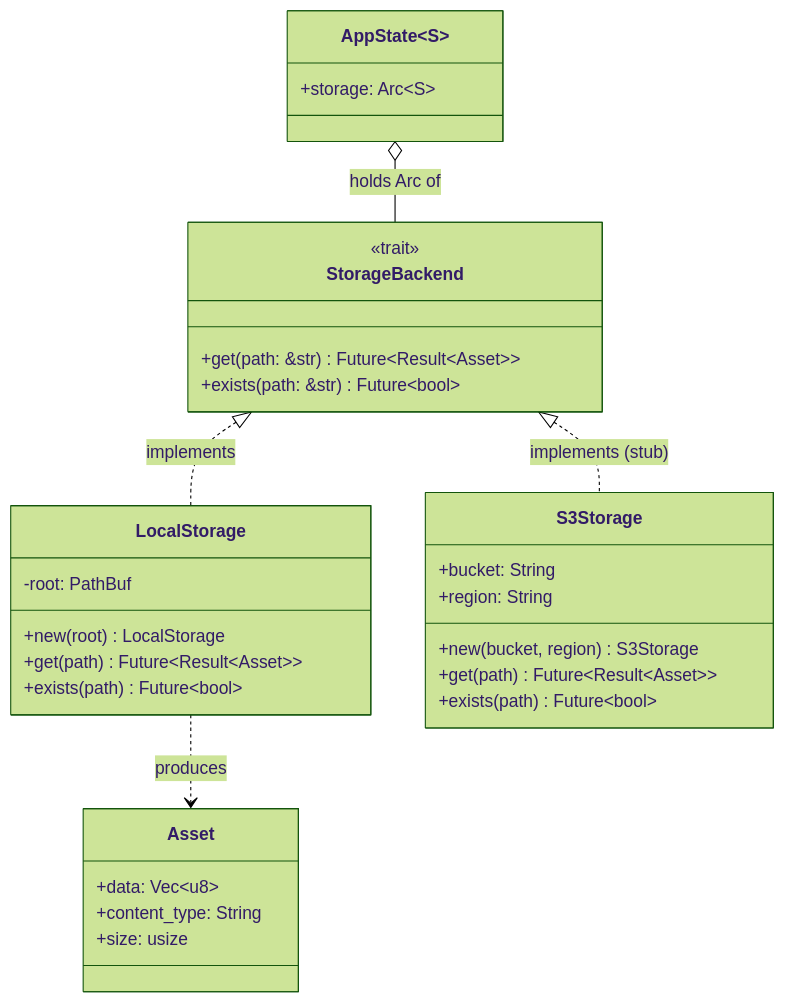
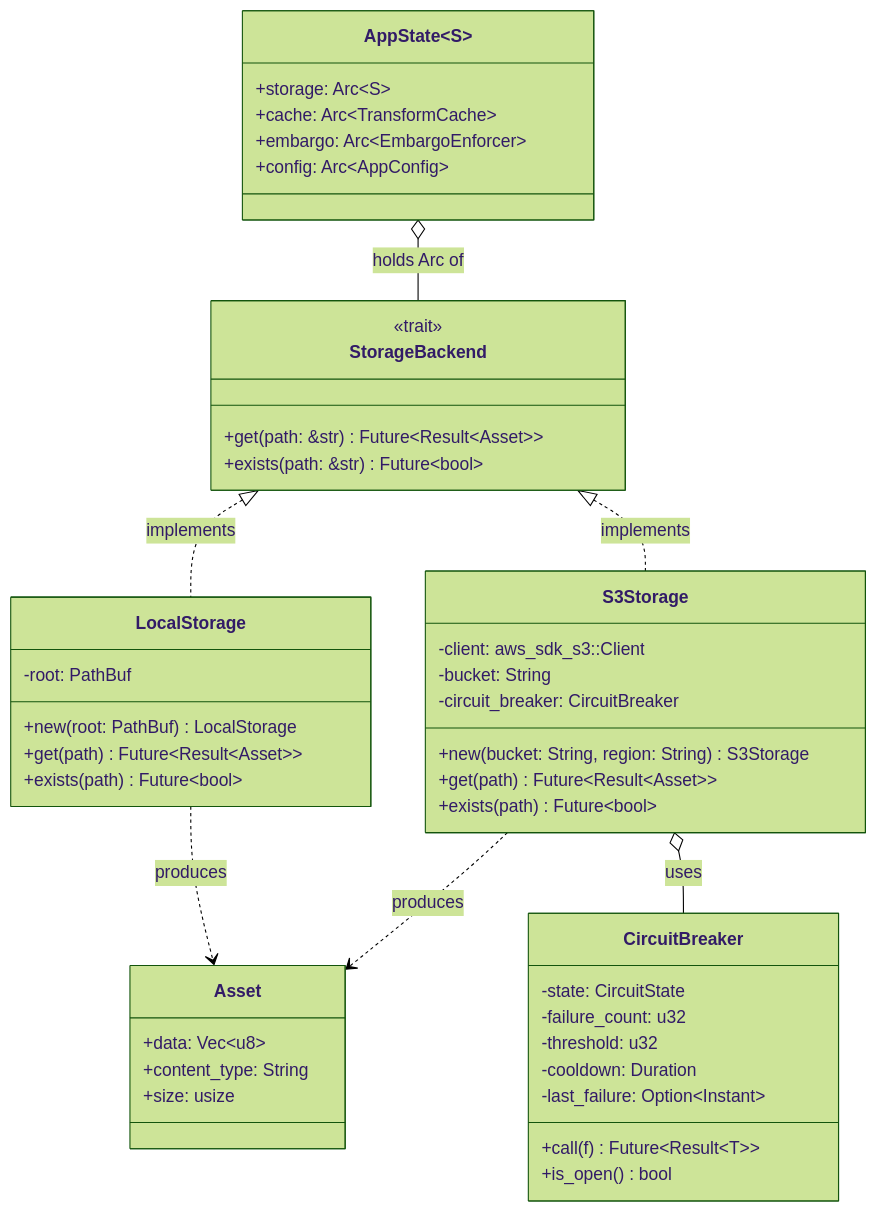
Before and after one commit to ivanoats/rendition: the tenth of 11 diagrams in docs/architecture.md, drawn with Mermaid (forest theme). The commit also changed other lines of this file and 24 other files, not shown here.

````diff
--- a/docs/architecture.md
+++ b/docs/architecture.md
@@ -191,38 +365,54 @@
 ```mermaid
 classDiagram
     class StorageBackend {
         <<trait>>
         +get(path: &str) Future~Result~Asset~~
         +exists(path: &str) Future~bool~
     }
 
     class LocalStorage {
         -root: PathBuf
-        +new(root) LocalStorage
+        +new(root: PathBuf) LocalStorage
         +get(path) Future~Result~Asset~~
         +exists(path) Future~bool~
     }
 
     class S3Storage {
-        +bucket: String
-        +region: String
-        +new(bucket, region) S3Storage
+        -client: aws_sdk_s3::Client
+        -bucket: String
+        -circuit_breaker: CircuitBreaker
+        +new(bucket: String, region: String) S3Storage
         +get(path) Future~Result~Asset~~
         +exists(path) Future~bool~
+    }
+
+    class CircuitBreaker {
+        -state: CircuitState
+        -failure_count: u32
+        -threshold: u32
+        -cooldown: Duration
+        -last_failure: Option~Instant~
+        +call(f) Future~Result~T~~
+        +is_open() bool
     }
 
     class Asset {
         +data: Vec~u8~
         +content_type: String
         +size: usize
     }
 
     class AppState~S~ {
         +storage: Arc~S~
+        +cache: Arc~TransformCache~
+        +embargo: Arc~EmbargoEnforcer~
+        +config: Arc~AppConfig~
     }
 
     StorageBackend <|.. LocalStorage : implements
-    StorageBackend <|.. S3Storage : implements (stub)
+    StorageBackend <|.. S3Storage : implements
+    S3Storage o-- CircuitBreaker : uses
     LocalStorage ..> Asset : produces
+    S3Storage ..> Asset : produces
     AppState~S~ o-- StorageBackend : holds Arc of
 ```
````
